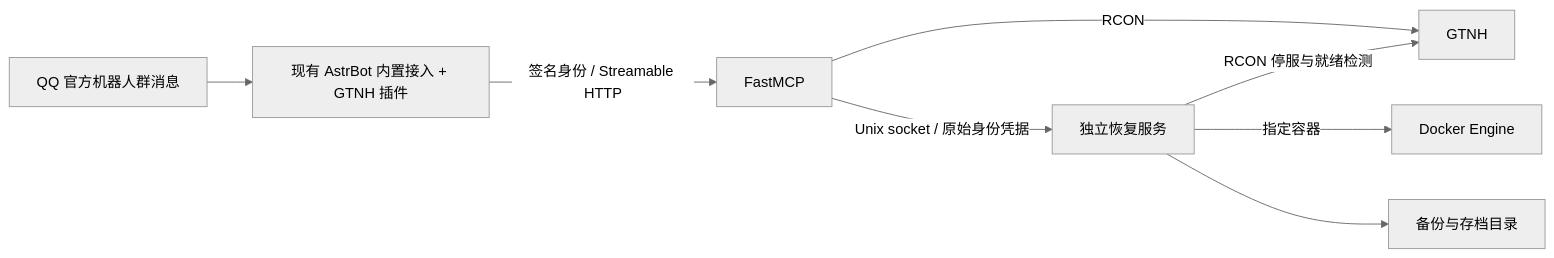
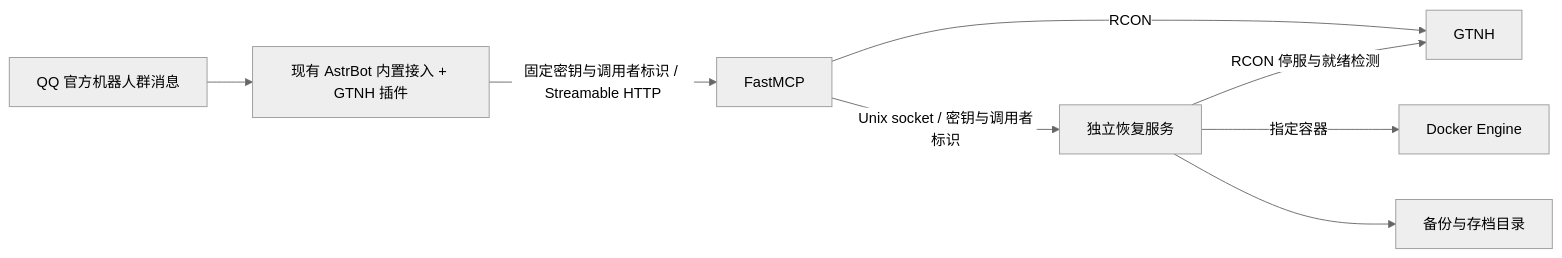
One commit to actforever/gtnh-mcp changed the diagram in docs/architecture.md. Above: the diagram before and after it, drawn with Mermaid (neutral theme). The commit also changed other lines of this file and 6 other files, not shown here.

````diff
--- a/docs/architecture.md
+++ b/docs/architecture.md
@@ -3,10 +3,10 @@
 ```mermaid
 flowchart LR
     Group[QQ 官方机器人群消息] --> Plugin[现有 AstrBot 内置接入 + GTNH 插件]
-    Plugin -->|签名身份 / Streamable HTTP| MCP[FastMCP]
+    Plugin -->|固定密钥与调用者标识 / Streamable HTTP| MCP[FastMCP]
     MCP -->|RCON| GTNH[GTNH]
-    MCP -->|Unix socket / 原始身份凭据| Helper[独立恢复服务]
+    MCP -->|Unix socket / 密钥与调用者标识| Helper[独立恢复服务]
     Helper -->|指定容器| Docker[Docker Engine]
     Helper -->|RCON 停服与就绪检测| GTNH
     Helper --> Files[备份与存档目录]
 ```
````
